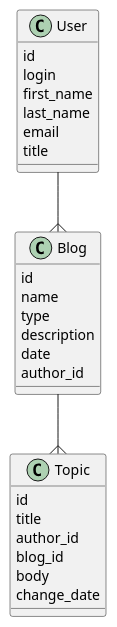
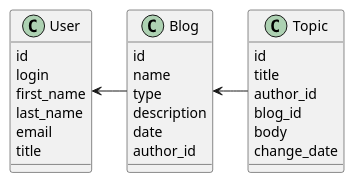
Before and after one commit to standardPrimitive/homework: the second of 2 diagrams in components.md, drawn with PlantUML.

Commit message:
data model

````diff
--- a/components.md
+++ b/components.md
@@ -84,34 +84,35 @@
 ```puml
 @startuml
 
 class Blog {
   id
   name
   type
   description
   date
   author_id
 }
 
 class User {
   id
   login
   first_name
   last_name
   email
   title
 }
+
 class Topic {
   id
   title
   author_id
   blog_id
   body
   change_date
 }
 
-User --{ Blog
-Blog --{ Topic
+User <- Blog
+Blog <- Topic
 
 @enduml
 ```
````
